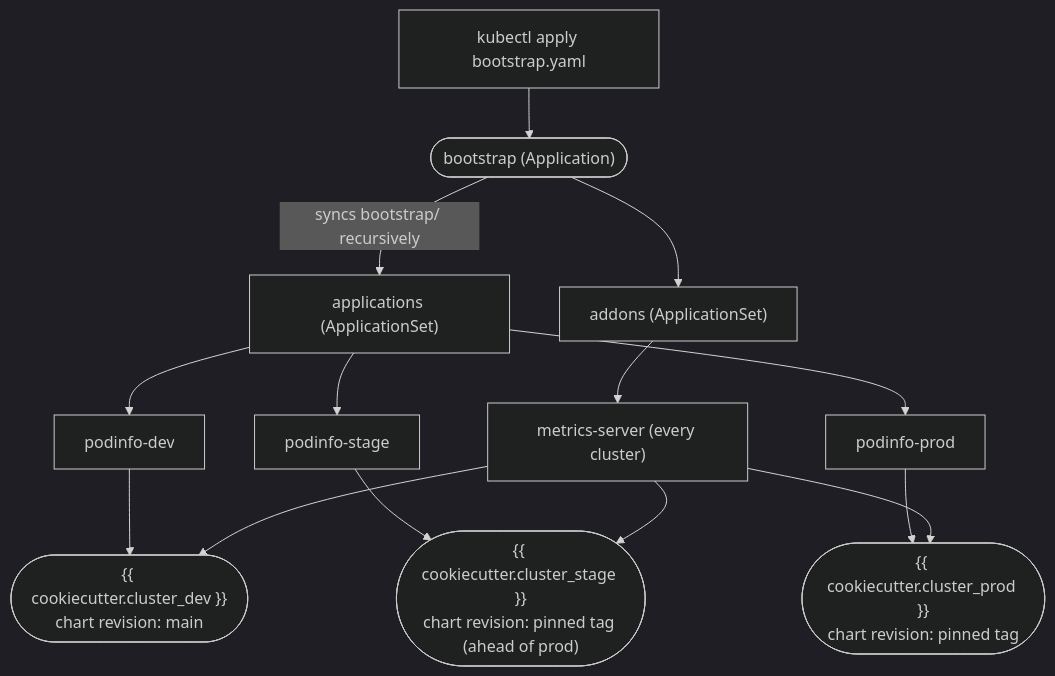
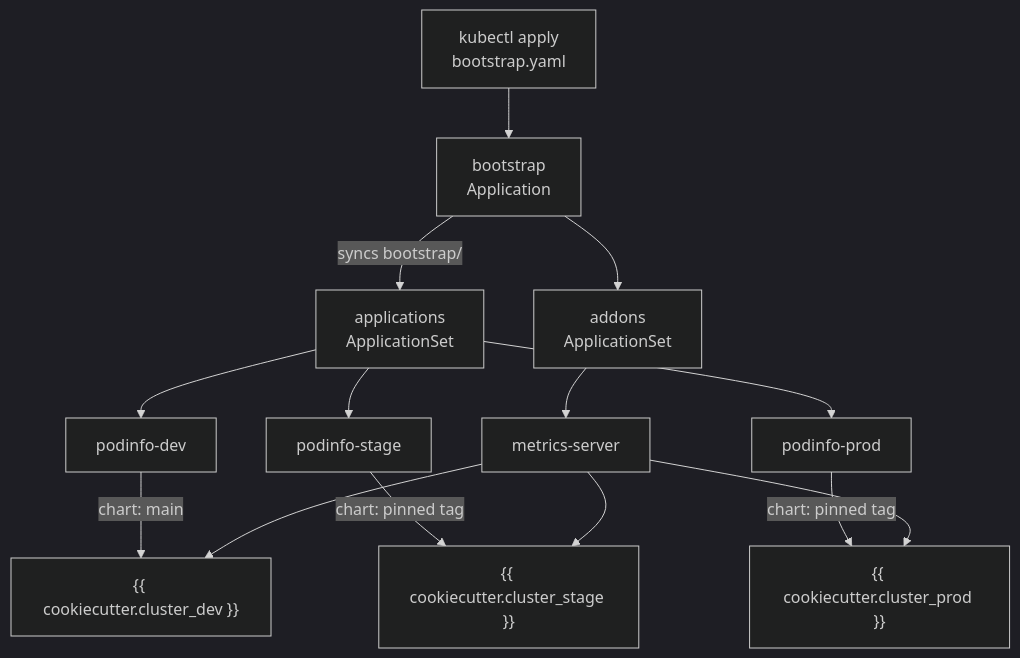
Before and after one commit to kriipke/coookiecutter-gitops-configs: the diagram in {{ cookiecutter.project_slug }}/README.md, drawn with Mermaid (dark theme). The commit also changed other lines of this file and 11 other files, not shown here.

````diff
--- a/{{ cookiecutter.project_slug }}/README.md
+++ b/{{ cookiecutter.project_slug }}/README.md
@@ -93,18 +94,18 @@
 ```mermaid
 flowchart TD
-  apply["kubectl apply bootstrap.yaml"] --> boot(["bootstrap (Application)"])
-  boot -->|"syncs bootstrap/ recursively"| apps["applications (ApplicationSet)"]
-  boot --> addons["addons (ApplicationSet)"]
+  apply["kubectl apply<br/>bootstrap.yaml"] --> boot["bootstrap<br/>Application"]
+  boot -->|"syncs bootstrap/"| apps["applications<br/>ApplicationSet"]
+  boot --> addons["addons<br/>ApplicationSet"]
 
   apps --> pdev["podinfo-dev"]
   apps --> pstage["podinfo-stage"]
   apps --> pprod["podinfo-prod"]
-  addons --> ms["metrics-server (every cluster)"]
+  addons --> ms["metrics-server"]
 
-  pdev --> cdev(["{{ cookiecutter.cluster_dev }}<br/>chart revision: main"])
-  pstage --> cstage(["{{ cookiecutter.cluster_stage }}<br/>chart revision: pinned tag (ahead of prod)"])
-  pprod --> cprod(["{{ cookiecutter.cluster_prod }}<br/>chart revision: pinned tag"])
+  pdev -->|"chart: main"| cdev["{{ cookiecutter.cluster_dev }}"]
+  pstage -->|"chart: pinned tag"| cstage["{{ cookiecutter.cluster_stage }}"]
+  pprod -->|"chart: pinned tag"| cprod["{{ cookiecutter.cluster_prod }}"]
   ms --> cdev
   ms --> cstage
   ms --> cprod
 ```
````
